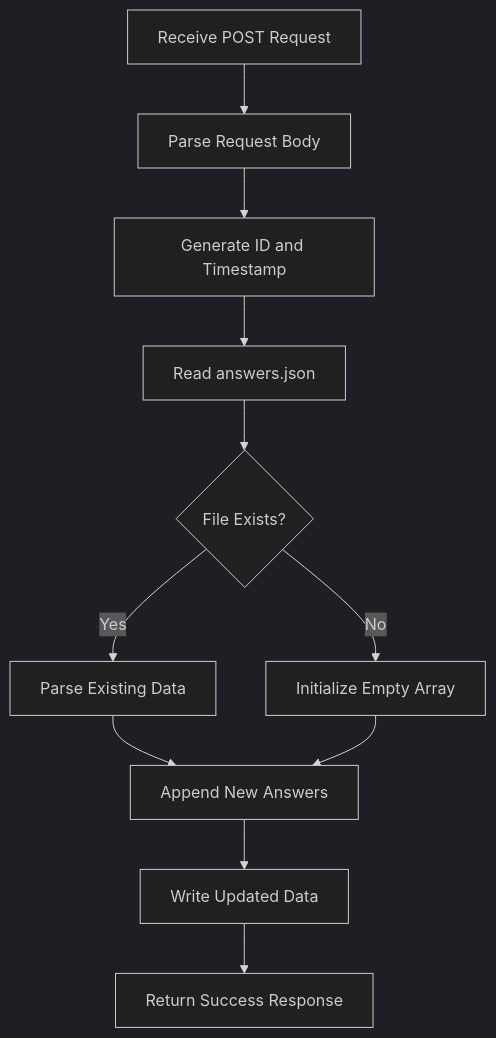
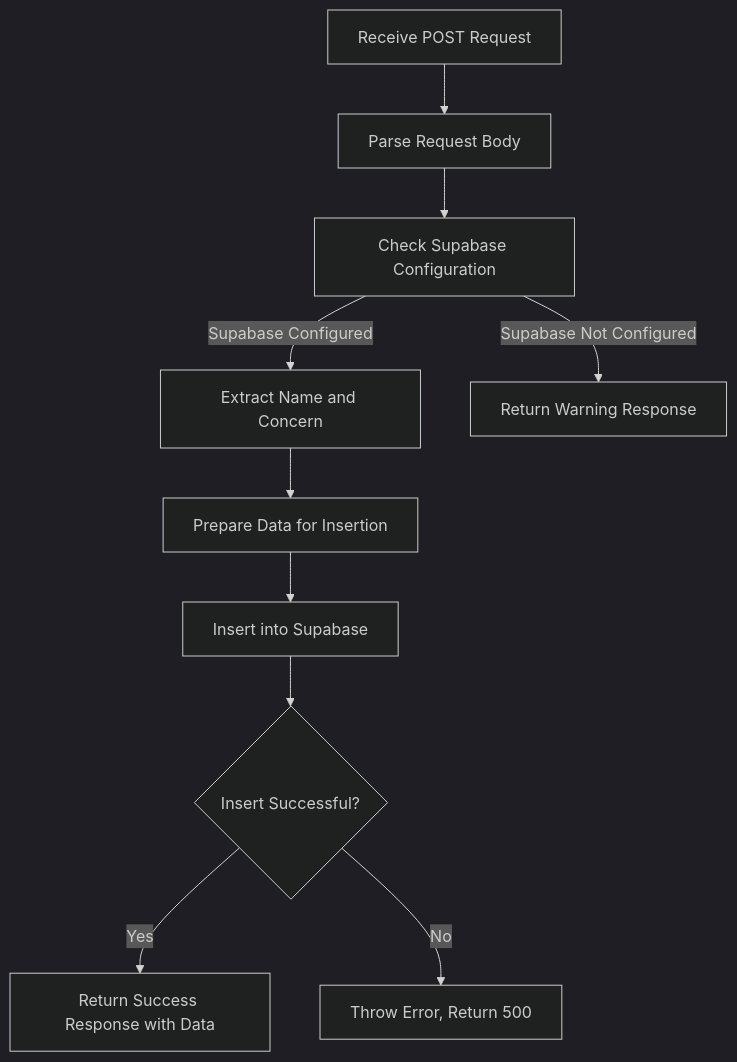
The diagram in .qoder/repowiki/en/content/Backend Architecture/Submit API.md (lommaks777/alena), drawn with Mermaid (dark theme) before and after one commit. The commit also changed other lines of this file and 19 other files, not shown here.

````diff
--- a/.qoder/repowiki/en/content/Backend Architecture/Submit API.md
+++ b/.qoder/repowiki/en/content/Backend Architecture/Submit API.md
@@ -127,13 +145,12 @@
 ```mermaid
 flowchart TD
 A[Receive POST Request] --> B[Parse Request Body]
-B --> C[Generate ID and Timestamp]
-C --> D[Read answers.json]
-D --> E{File Exists?}
-E --> |Yes| F[Parse Existing Data]
-E --> |No| G[Initialize Empty Array]
-F --> H[Append New Answers]
-G --> H
-H --> I[Write Updated Data]
-I --> J[Return Success Response]
+B --> C[Check Supabase Configuration]
+C --> |Supabase Configured| D[Extract Name and Concern]
+C --> |Supabase Not Configured| E[Return Warning Response]
+D --> F[Prepare Data for Insertion]
+F --> G[Insert into Supabase]
+G --> H{Insert Successful?}
+H --> |Yes| I[Return Success Response with Data]
+H --> |No| J[Throw Error, Return 500]
 ```
````
